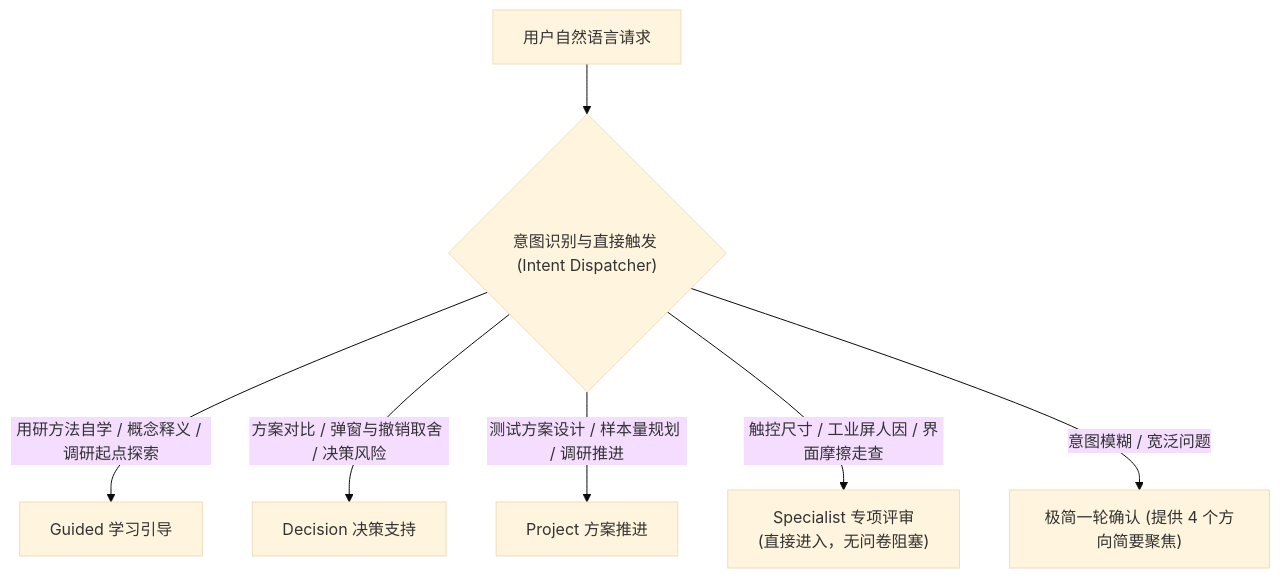
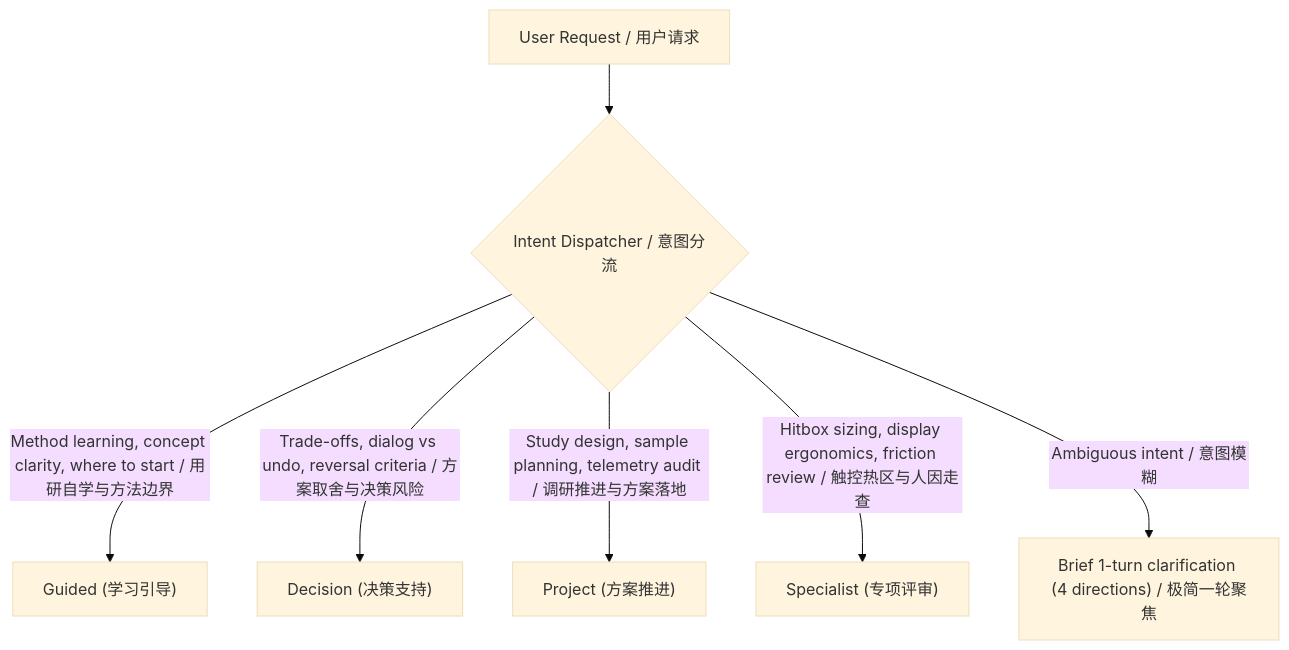
Before and after one commit to RagnTec/User-Experience-Decision-Advisor: the diagram in skills/ux-decision-advisor/SKILL.md, drawn with Mermaid (base theme). The commit also changed other lines of this file and 6 other files, not shown here.

````diff
--- a/skills/ux-decision-advisor/SKILL.md
+++ b/skills/ux-decision-advisor/SKILL.md
@@ -37,10 +52,10 @@
 ```mermaid
 flowchart TD
-    UserReq["用户自然语言请求"] --> Dispatcher{"意图识别与直接触发 (Intent Dispatcher)"}
+    UserReq["User Request / 用户请求"] --> Dispatcher{"Intent Dispatcher / 意图分流"}
 
-    Dispatcher -->|"用研方法自学 / 概念释义 / 调研起点探索"| Cap_Guided["Guided 学习引导"]
-    Dispatcher -->|"方案对比 / 弹窗与撤销取舍 / 决策风险"| Cap_Decision["Decision 决策支持"]
-    Dispatcher -->|"测试方案设计 / 样本量规划 / 调研推进"| Cap_Project["Project 方案推进"]
-    Dispatcher -->|"触控尺寸 / 工业屏人因 / 界面摩擦走查"| Cap_Specialist["Specialist 专项评审\n(直接进入，无问卷阻塞)"]
-    Dispatcher -->|"意图模糊 / 宽泛问题"| Clarify["极简一轮确认 (提供 4 个方向简要聚焦)"]
+    Dispatcher -->|"Method learning, concept clarity, where to start / 用研自学与方法边界"| Cap_Guided["Guided (学习引导)"]
+    Dispatcher -->|"Trade-offs, dialog vs undo, reversal criteria / 方案取舍与决策风险"| Cap_Decision["Decision (决策支持)"]
+    Dispatcher -->|"Study design, sample planning, telemetry audit / 调研推进与方案落地"| Cap_Project["Project (方案推进)"]
+    Dispatcher -->|"Hitbox sizing, display ergonomics, friction review / 触控热区与人因走查"| Cap_Specialist["Specialist (专项评审)"]
+    Dispatcher -->|"Ambiguous intent / 意图模糊"| Clarify["Brief 1-turn clarification (4 directions) / 极简一轮聚焦"]
 ```
````
